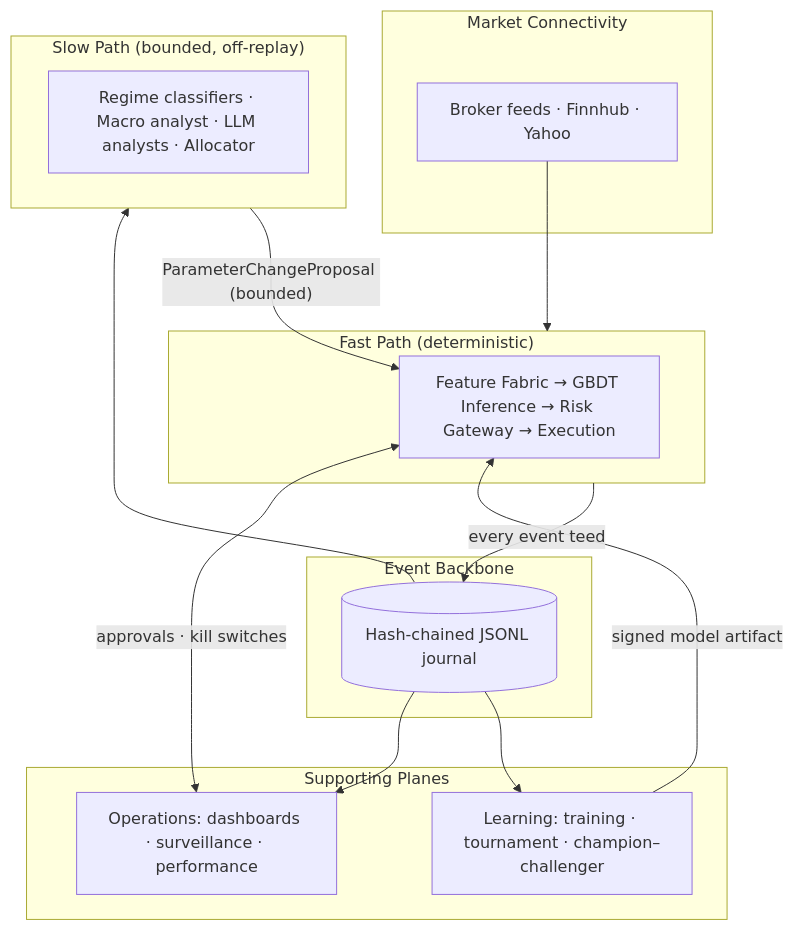
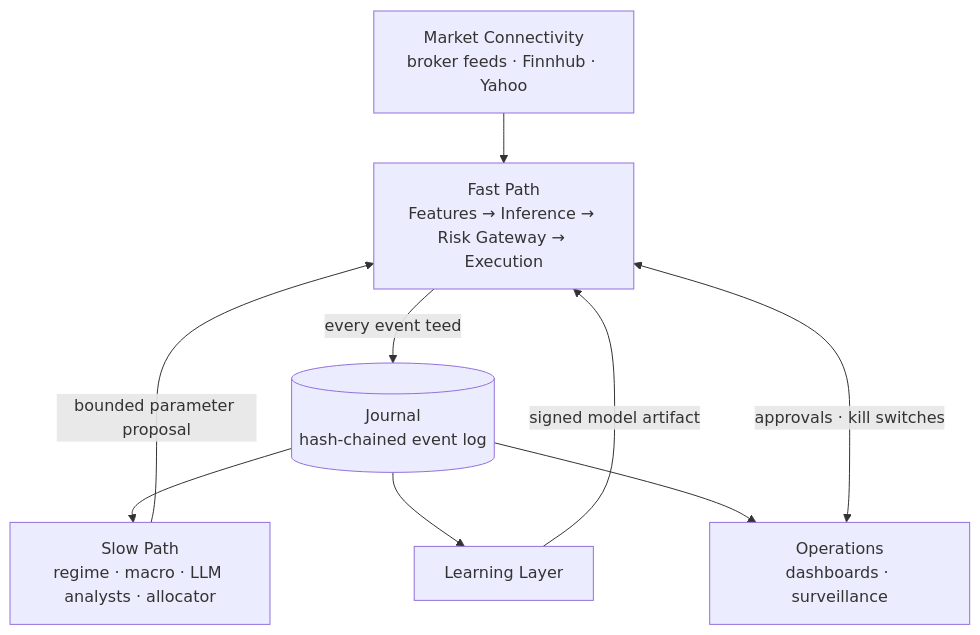
The first of 7 diagrams in docs/ARCHITECTURE.md (abrar99966/Multi-Agent-Enterprise-Trading-Bot), drawn with Mermaid before and after one commit. The commit also changed other lines of this file, not shown here.

First line of the commit message:
docs: final professional polish of ARCHITECTURE.md

````diff
--- a/docs/ARCHITECTURE.md
+++ b/docs/ARCHITECTURE.md
@@ -100,28 +118,18 @@
 ```mermaid
 graph TB
-    subgraph CONN["Market Connectivity"]
-        FEEDS["Broker feeds · Finnhub · Yahoo"]
-    end
-    subgraph FASTP["Fast Path (deterministic)"]
-        FAST["Feature Fabric → GBDT Inference → Risk Gateway → Execution"]
-    end
-    subgraph SLOWP["Slow Path (bounded, off-replay)"]
-        SLOW["Regime classifiers · Macro analyst · LLM analysts · Allocator"]
-    end
-    subgraph BACK["Event Backbone"]
-        JRN[("Hash-chained JSONL journal")]
-    end
-    subgraph PLANES["Supporting Planes"]
-        LEARN["Learning: training · tournament · champion–challenger"]
-        OPS["Operations: dashboards · surveillance · performance"]
-    end
+    FEEDS["Market Connectivity<br/>broker feeds · Finnhub · Yahoo"]
+    FAST["Fast Path<br/>Features → Inference → Risk Gateway → Execution"]
+    SLOW["Slow Path<br/>regime · macro · LLM analysts · allocator"]
+    JRN[("Journal<br/>hash-chained event log")]
+    LEARN["Learning Layer"]
+    OPS["Operations<br/>dashboards · surveillance"]
 
-    FEEDS --> FASTP
-    FASTP -->|"every event teed"| JRN
-    JRN --> SLOWP
-    SLOWP -->|"ParameterChangeProposal (bounded)"| FAST
+    FEEDS --> FAST
+    FAST -->|every event teed| JRN
+    JRN --> SLOW
+    SLOW -->|bounded parameter proposal| FAST
     JRN --> LEARN
     JRN --> OPS
-    LEARN -->|"signed model artifact"| FAST
-    OPS <-->|"approvals · kill switches"| FAST
+    LEARN -->|signed model artifact| FAST
+    OPS <-->|approvals · kill switches| FAST
 ```
````
